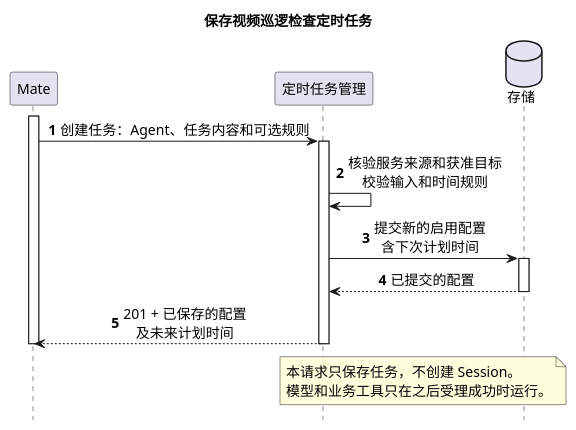
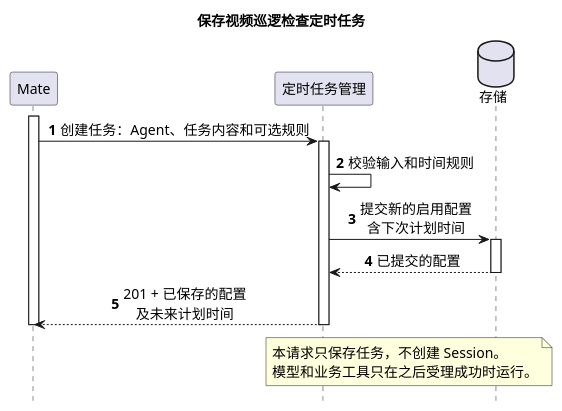
Before and after one commit to ssm0808/pi-mono-java-design: the third of 8 diagrams in 01-总体架构/08-CampusClaw定时任务/diagram.puml, drawn with PlantUML. The commit also changed other lines of this file and 7 other files, not shown here.

```diff
--- a/01-总体架构/08-CampusClaw定时任务/diagram.puml
+++ b/01-总体架构/08-CampusClaw定时任务/diagram.puml
@@ -214,30 +214,30 @@
 @startuml schedule_configuration_save
 ' Java 基线：553dcd5e2ff682f9684810a043b442b37a02e54a；2026-10-08 拉取 main（未变化）。
 ' 源码：modules/cron/src/main/java/com/campusclaw/cron/store/CronStore.java saveUnsafe（旧文件持久化）。
 ' 源码：modules/coding-agent-cli/src/main/java/com/campusclaw/codingagent/runtime/AgentRuntimeManager.java prepare（不是只读管理检查）。
 ' 表达方式：Mate 发起请求并提供授权；定时任务管理校验并保存；存储提交。
 ' 设计原因：管理检查不准备也不执行 Agent Session。
 ' 目标：待实现；任务内容为纯文本 prompt，不保存凭据引用。
 ' 表达方式：只画正常流程；失败与恢复规则见 README.md 第 5.2.1 节。
 ' 表示法：同步调用的发起方和接收方都画激活条并配返回，异步启动用开放箭头，外部触发画为来自图外的发现消息。
 title 保存视频巡逻检查定时任务
 hide footbox
 skinparam backgroundColor white
 skinparam defaultFontSize 14
 skinparam sequenceMessageAlign center
 participant "Mate" as Mate
 participant "定时任务管理" as Schedule
 database "存储" as Store
 autonumber
 activate Mate
 Mate -> Schedule ++ : 创建任务：Agent、任务内容和可选规则
-Schedule -> Schedule : 核验服务来源和获准目标\n校验输入和时间规则
+Schedule -> Schedule : 校验输入和时间规则
 Schedule -> Store ++ : 提交新的启用配置\n含下次计划时间
 return 已提交的配置
 return 201 + 已保存的配置\n及未来计划时间
 deactivate Mate
 note over Schedule, Store
   本请求只保存任务，不创建 Session。
   模型和业务工具只在之后受理成功时运行。
 end note
 @enduml
```
